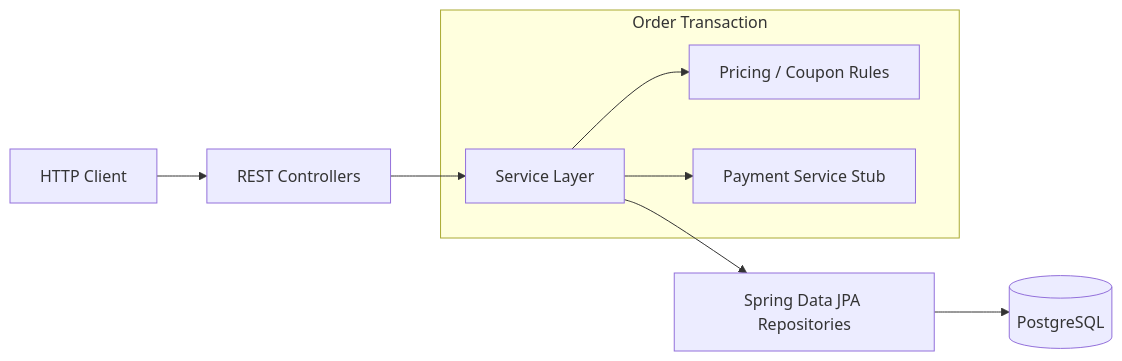
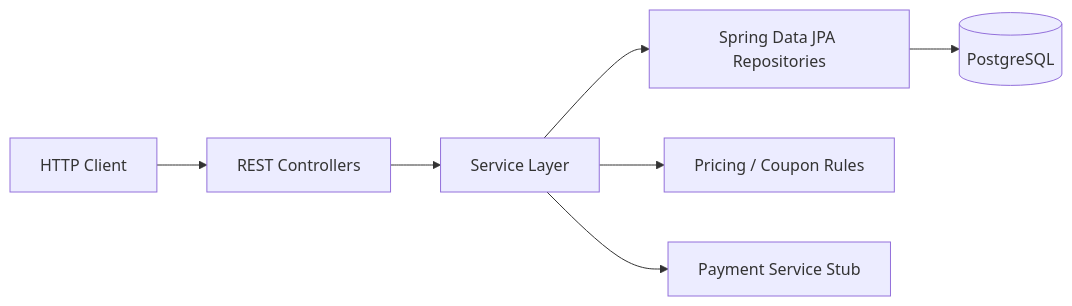
Before and after one commit to g1thurb/market4BackendIntern: the diagram in README.md, drawn with Mermaid. The commit also changed other lines of this file, not shown here.

````diff
--- a/README.md
+++ b/README.md
@@ -71,18 +34,9 @@
 ```mermaid
 flowchart LR
-    Client[HTTP Client]
-
-    Client --> Controller[REST Controllers]
+    Client[HTTP Client] --> Controller[REST Controllers]
     Controller --> Service[Service Layer]
     Service --> Repository[Spring Data JPA Repositories]
     Repository --> DB[(PostgreSQL)]
-
     Service --> Pricing[Pricing / Coupon Rules]
     Service --> Payment[Payment Service Stub]
-
-    subgraph Order Transaction
-        Service
-        Pricing
-        Payment
-    end
 ```
````
